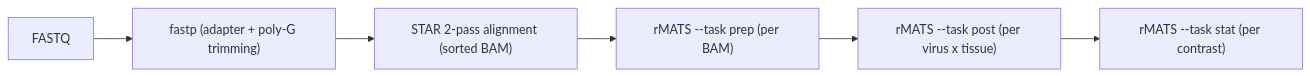
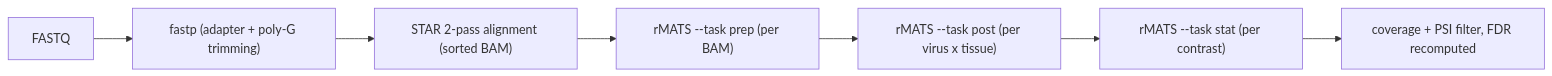
One commit to GangothriThummala/splicing-analysis-pipeline changed the diagram in README.md. Above: the diagram before and after it, drawn with Mermaid. The commit also changed other lines of this file and 4 other files, not shown here.

First line of the commit message:
Filter rMATS events by coverage and PSI, and recompute FDR

````diff
--- a/README.md
+++ b/README.md
@@ -32,8 +32,9 @@
 ```mermaid
 flowchart LR
     FASTQ[FASTQ] --> TRIM["fastp (adapter + poly-G trimming)"]
     TRIM --> STAR["STAR 2-pass alignment (sorted BAM)"]
     STAR --> PREP["rMATS --task prep (per BAM)"]
     PREP --> POST["rMATS --task post (per virus x tissue)"]
     POST --> STAT["rMATS --task stat (per contrast)"]
+    STAT --> FILTER["coverage + PSI filter, FDR recomputed"]
 ```
````
